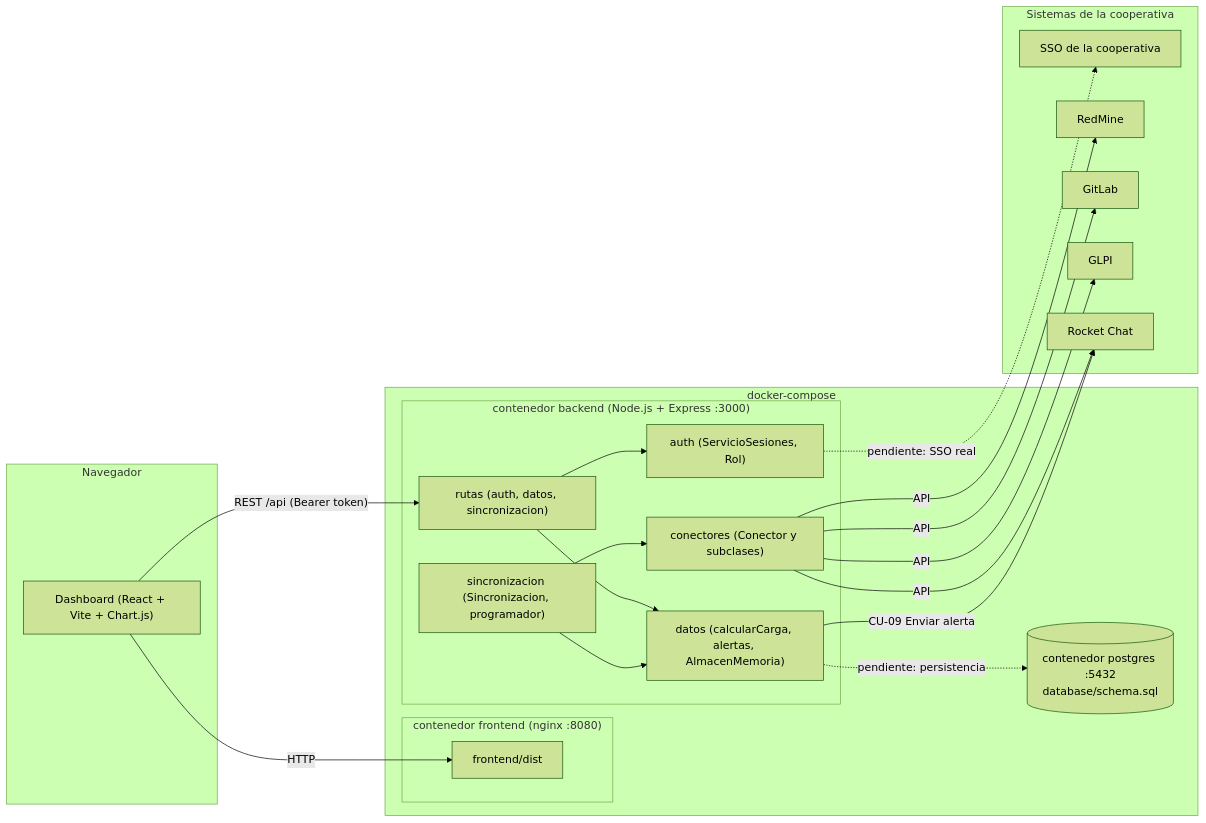
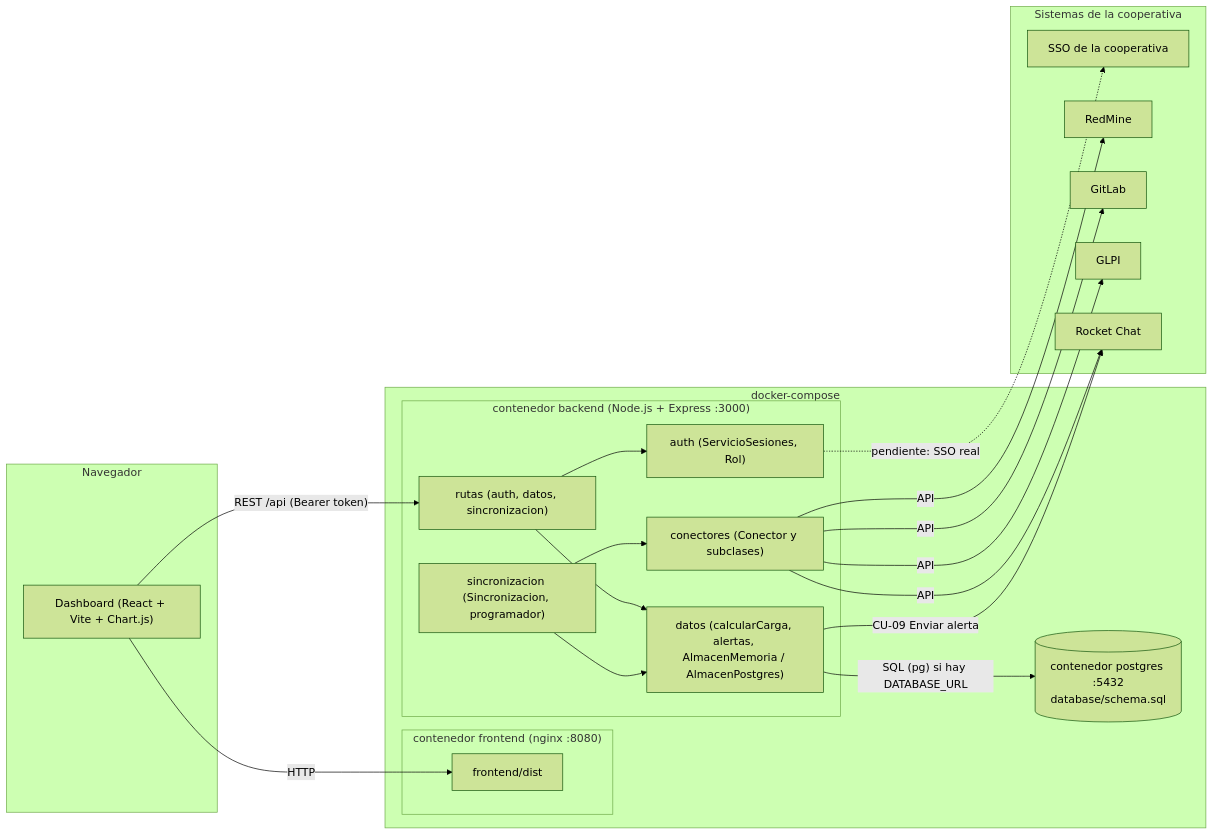
Before and after one commit to Camello15/padre-julian-lorente-carga-devs: the seventh of 7 diagrams in docs/06-diagramas.md, drawn with Mermaid (forest theme). The commit also changed other lines of this file and 3 other files, not shown here.

First line of the commit message:
docs,ci: documentar la persistencia y correr pruebas con PostgreSQL en CI

````diff
--- a/docs/06-diagramas.md
+++ b/docs/06-diagramas.md
@@ -564,36 +574,36 @@
 ```mermaid
 flowchart LR
     subgraph NAV["Navegador"]
         UI["Dashboard (React + Vite + Chart.js)"]
     end
     subgraph DOCKER["docker-compose"]
         subgraph FE["contenedor frontend (nginx :8080)"]
             DIST["frontend/dist"]
         end
         subgraph BE["contenedor backend (Node.js + Express :3000)"]
             RUT["rutas (auth, datos, sincronizacion)"]
             AUT["auth (ServicioSesiones, Rol)"]
             SIN["sincronizacion (Sincronizacion, programador)"]
             CON["conectores (Conector y subclases)"]
-            DAT["datos (calcularCarga, alertas, AlmacenMemoria)"]
+            DAT["datos (calcularCarga, alertas, AlmacenMemoria / AlmacenPostgres)"]
         end
         DB[("contenedor postgres :5432<br/>database/schema.sql")]
     end
     subgraph EXT["Sistemas de la cooperativa"]
         SSO["SSO de la cooperativa"]
         RM["RedMine"]
         GL["GitLab"]
         GP["GLPI"]
         RC["Rocket Chat"]
     end
     UI -- HTTP --> DIST
     UI -- "REST /api (Bearer token)" --> RUT
     RUT --> AUT
     RUT --> DAT
     SIN --> CON
     SIN --> DAT
-    DAT -. "pendiente: persistencia" .-> DB
+    DAT -- "SQL (pg) si hay DATABASE_URL" --> DB
     AUT -. "pendiente: SSO real" .-> SSO
     CON -- API --> RM & GL & GP & RC
     DAT -- "CU-09 Enviar alerta" --> RC
 ```
````
